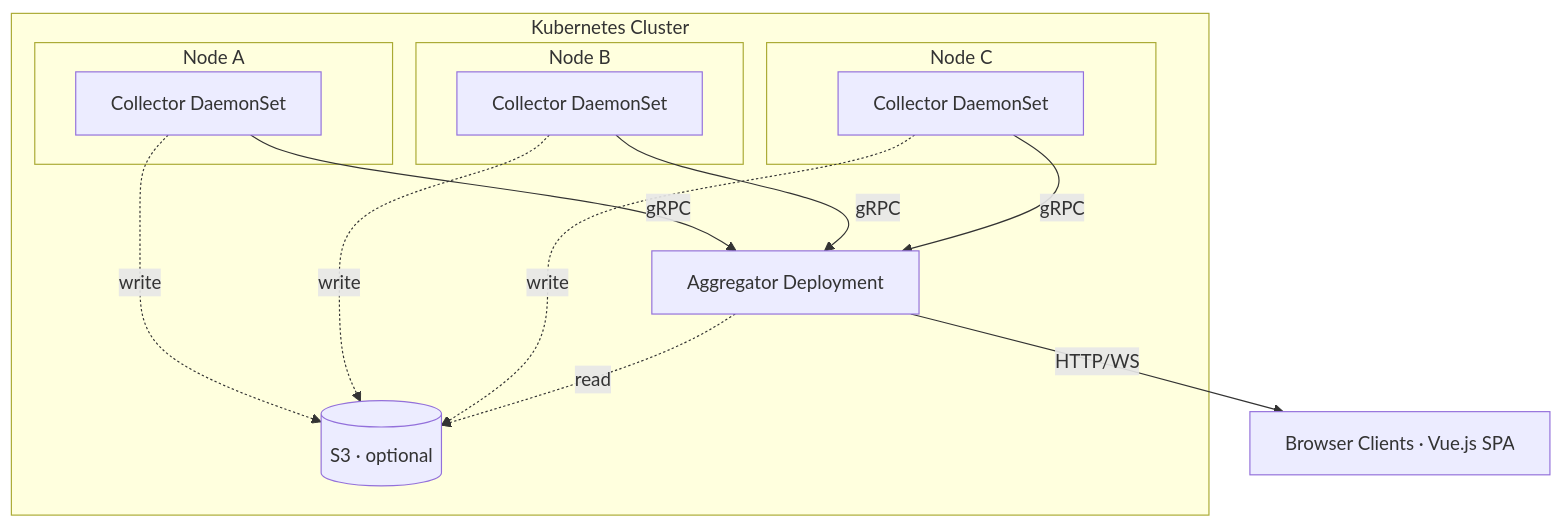
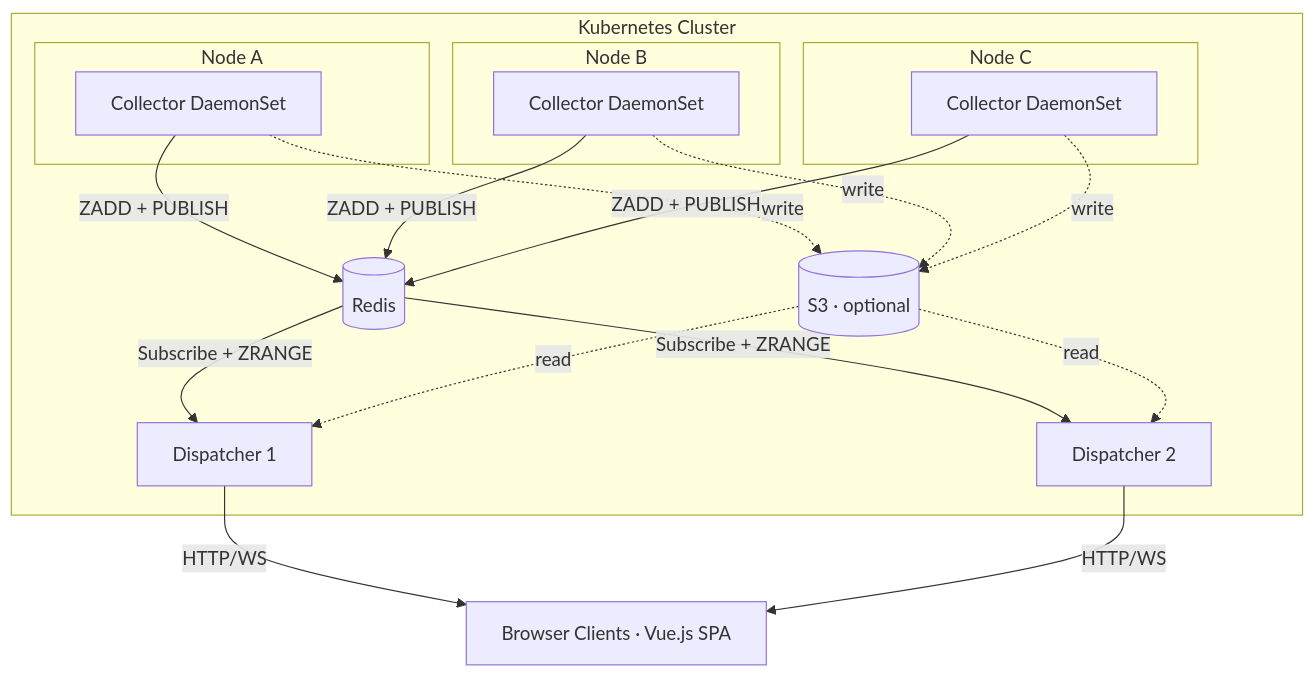
Before and after one commit to interpt-co/flume: the first of 3 diagrams in docs/architecture.md, drawn with Mermaid. The commit also changed other lines of this file and 40 other files, not shown here.

First line of the commit message:
feat: replace gRPC aggregator with Redis-backed dispatcher

````diff
--- a/docs/architecture.md
+++ b/docs/architecture.md
@@ -7,24 +7,29 @@
 ```mermaid
 graph TD
     subgraph cluster["Kubernetes Cluster"]
         subgraph nodeA["Node A"]
             cA[Collector DaemonSet]
         end
         subgraph nodeB["Node B"]
             cB[Collector DaemonSet]
         end
         subgraph nodeC["Node C"]
             cC[Collector DaemonSet]
         end
 
-        cA -- gRPC --> agg[Aggregator Deployment]
-        cB -- gRPC --> agg
-        cC -- gRPC --> agg
+        cA -- "ZADD + PUBLISH" --> redis[(Redis)]
+        cB -- "ZADD + PUBLISH" --> redis
+        cC -- "ZADD + PUBLISH" --> redis
         cA -. write .-> s3[(S3 · optional)]
         cB -. write .-> s3
         cC -. write .-> s3
-        agg -. read .-> s3
+
+        redis -- "Subscribe + ZRANGE" --> dA[Dispatcher 1]
+        redis -- "Subscribe + ZRANGE" --> dB[Dispatcher 2]
+        s3 -. read .-> dA
+        s3 -. read .-> dB
     end
 
-    agg -- HTTP/WS --> browser[Browser Clients · Vue.js SPA]
+    dA -- HTTP/WS --> browser[Browser Clients · Vue.js SPA]
+    dB -- HTTP/WS --> browser
 ```
````
